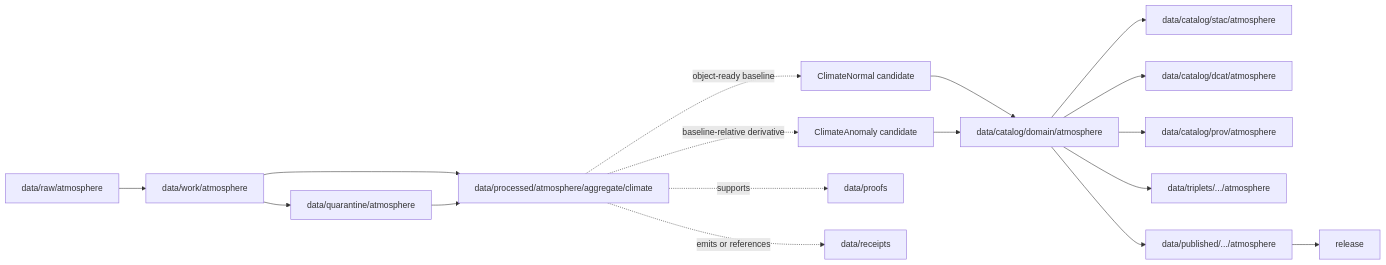
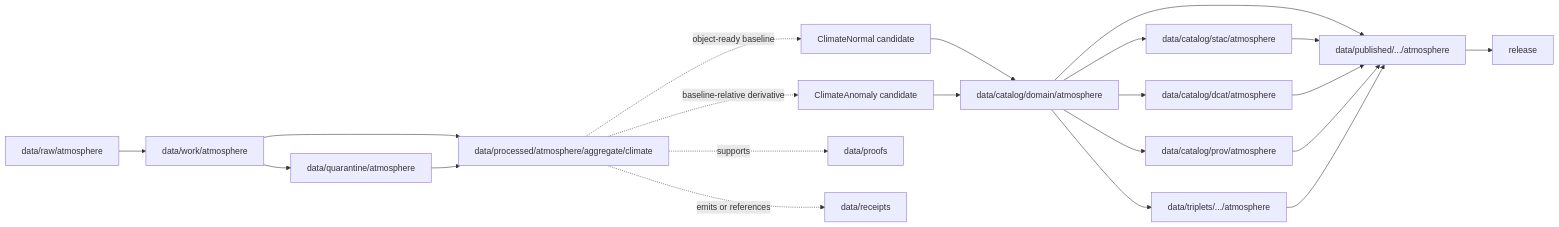
One commit to bartytime4life/Kansas-Frontier-Matrix changed the diagram in data/processed/atmosphere/aggregate/climate/README.md. Above: the diagram before and after it, drawn with Mermaid.

Commit message:
Fix Mermaid diagram: add STAC/DCAT/PROV/TRIP → PUB edges in climate README

````diff
--- a/data/processed/atmosphere/aggregate/climate/README.md
+++ b/data/processed/atmosphere/aggregate/climate/README.md
@@ -116,19 +116,23 @@
 ```mermaid
 flowchart LR
   RAW[data/raw/atmosphere] --> WORK[data/work/atmosphere]
   WORK --> QUAR[data/quarantine/atmosphere]
   WORK --> PROC[data/processed/atmosphere/aggregate/climate]
   QUAR --> PROC
   PROC -. object-ready baseline .-> NORMAL[ClimateNormal candidate]
   PROC -. baseline-relative derivative .-> ANOM[ClimateAnomaly candidate]
   NORMAL --> CAT[data/catalog/domain/atmosphere]
   ANOM --> CAT
   PROC -. supports .-> PROOF[data/proofs]
   PROC -. emits or references .-> RECEIPT[data/receipts]
   CAT --> STAC[data/catalog/stac/atmosphere]
   CAT --> DCAT[data/catalog/dcat/atmosphere]
   CAT --> PROV[data/catalog/prov/atmosphere]
   CAT --> TRIP[data/triplets/.../atmosphere]
   CAT --> PUB[data/published/.../atmosphere]
+  STAC --> PUB
+  DCAT --> PUB
+  PROV --> PUB
+  TRIP --> PUB
   PUB --> REL[release]
 ```
````
